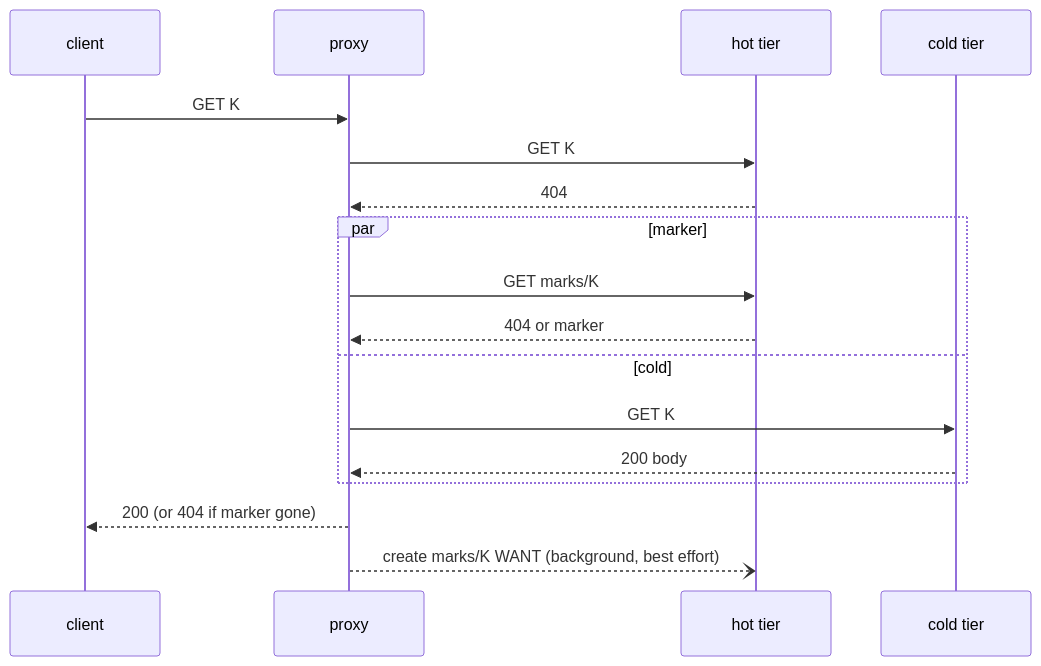
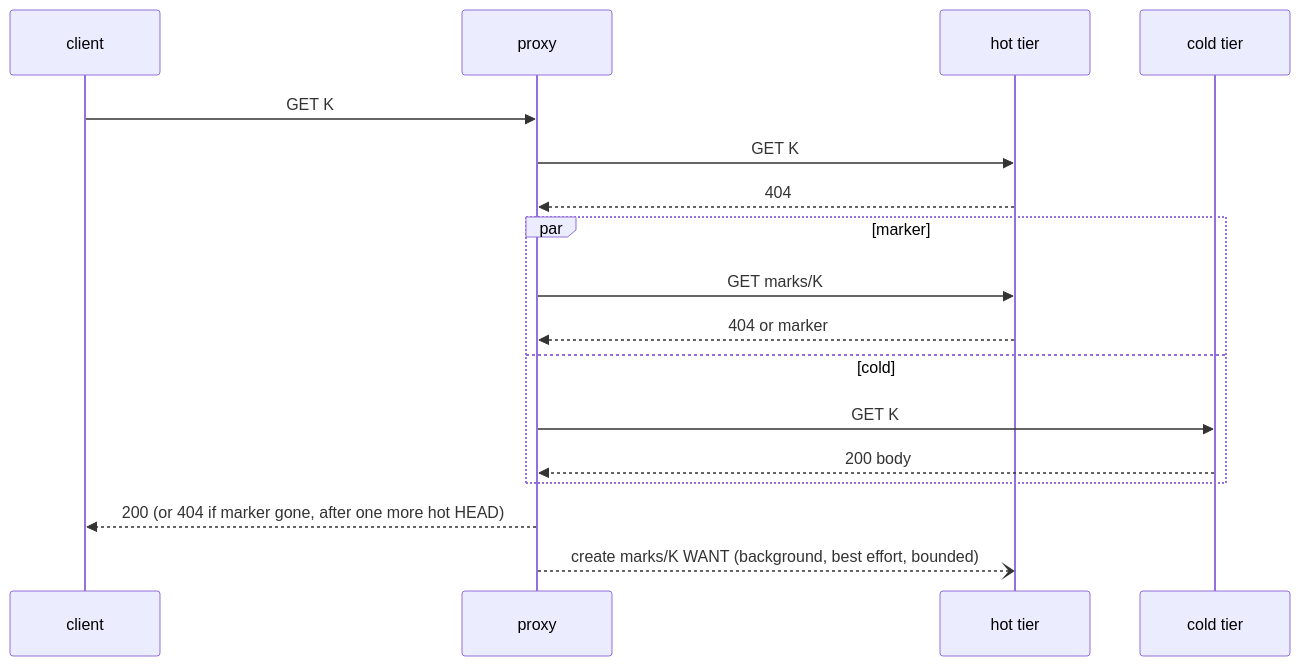
The fourth of 5 diagrams in docs/design/put-without-lock.md (komira-ai/tierstore), drawn with Mermaid before and after one commit. The commit also changed other lines of this file, not shown here.

````diff
--- a/docs/design/put-without-lock.md
+++ b/docs/design/put-without-lock.md
@@ -300,19 +359,19 @@
 ```mermaid
 sequenceDiagram
     participant C as client
     participant P as proxy
     participant H as hot tier
     participant K as cold tier
     C->>P: GET K
     P->>H: GET K
     H-->>P: 404
     par marker
         P->>H: GET marks/K
         H-->>P: 404 or marker
     and cold
         P->>K: GET K
         K-->>P: 200 body
     end
-    P-->>C: 200 (or 404 if marker gone)
-    P--)H: create marks/K WANT (background, best effort)
+    P-->>C: 200 (or 404 if marker gone, after one more hot HEAD)
+    P--)H: create marks/K WANT (background, best effort, bounded)
 ```
````
